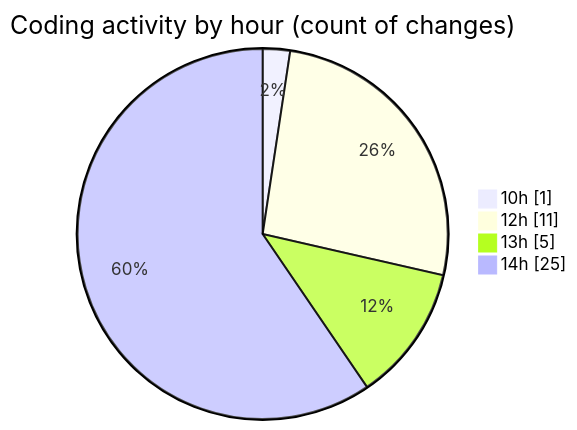
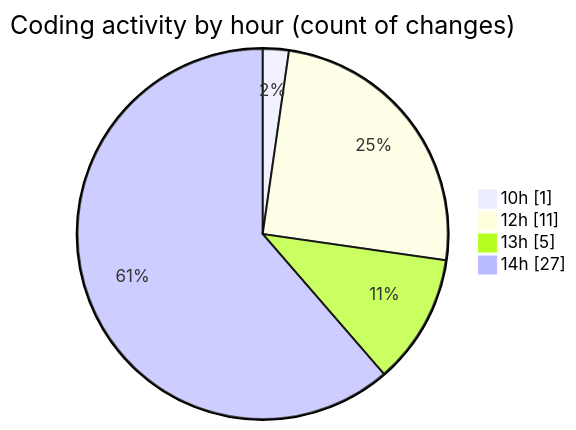
Before and after one commit to nxtqubesakshisongat/code-tracking: the second of 2 diagrams in 2026-01-12/nxtqube_webapp/README.md, drawn with Mermaid. The commit also changed other lines of this file and 1 other file, not shown here.

````diff
--- a/2026-01-12/nxtqube_webapp/README.md
+++ b/2026-01-12/nxtqube_webapp/README.md
@@ -37,8 +37,8 @@
 ```mermaid
 pie showData
 title Coding activity by hour (count of changes)
 "10h" : 1
 "12h" : 11
 "13h" : 5
-"14h" : 25
+"14h" : 27
 ```
````
